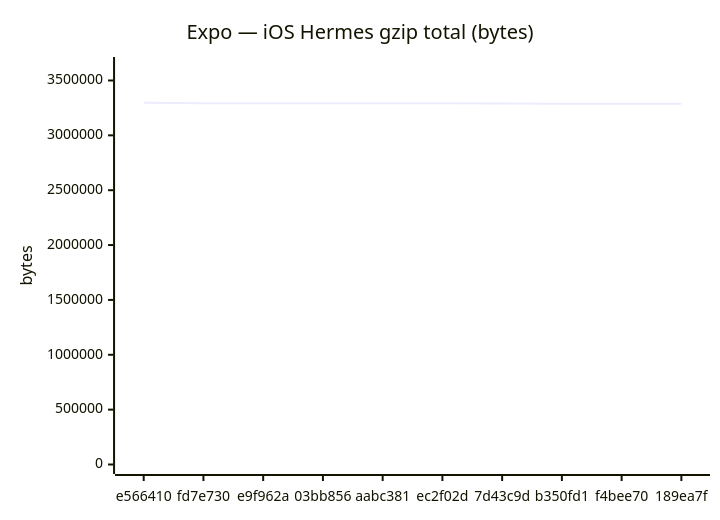
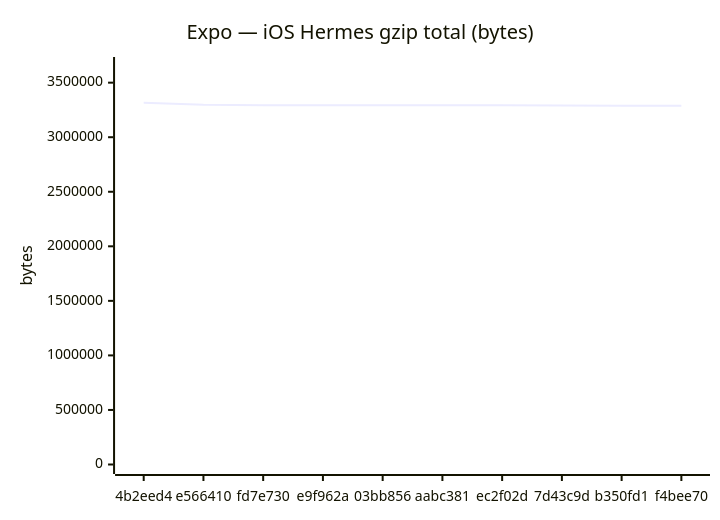
One commit to Metaheurist/Rianell changed the sixth of 18 diagrams in benchmarks/compare.md. Above: the diagram before and after it, drawn with Mermaid. The commit also changed other lines of this file and 11 other files, not shown here.

````diff
--- a/benchmarks/compare.md
+++ b/benchmarks/compare.md
@@ -96,7 +96,7 @@
 ```mermaid
 xychart-beta
     title "Expo — iOS Hermes gzip total (bytes)"
-    x-axis ["e566410", "fd7e730", "e9f962a", "03bb856", "aabc381", "ec2f02d", "7d43c9d", "b350fd1", "f4bee70", "189ea7f"]
-    y-axis "bytes" 0 --> 3627508
-    line [3297734, 3293199, 3293198, 3293200, 3293409, 3293314, 3291396, 3288856, 3288399, 3288861]
+    x-axis ["4b2eed4", "e566410", "fd7e730", "e9f962a", "03bb856", "aabc381", "ec2f02d", "7d43c9d", "b350fd1", "f4bee70"]
+    y-axis "bytes" 0 --> 3648200
+    line [3316545, 3297734, 3293199, 3293198, 3293200, 3293409, 3293314, 3291396, 3288856, 3288399]
 ```
````
